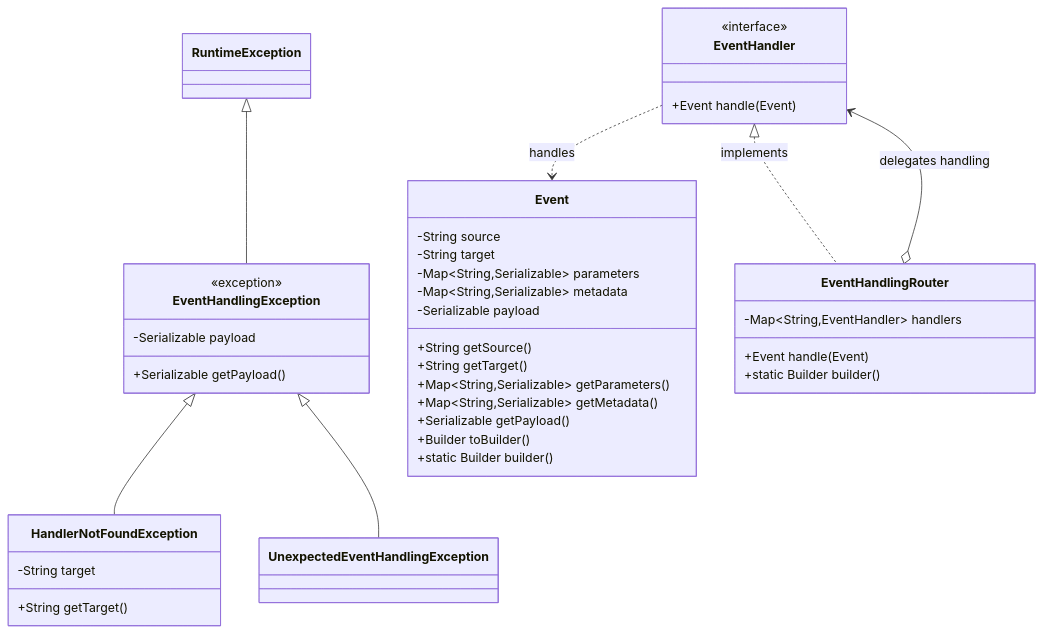
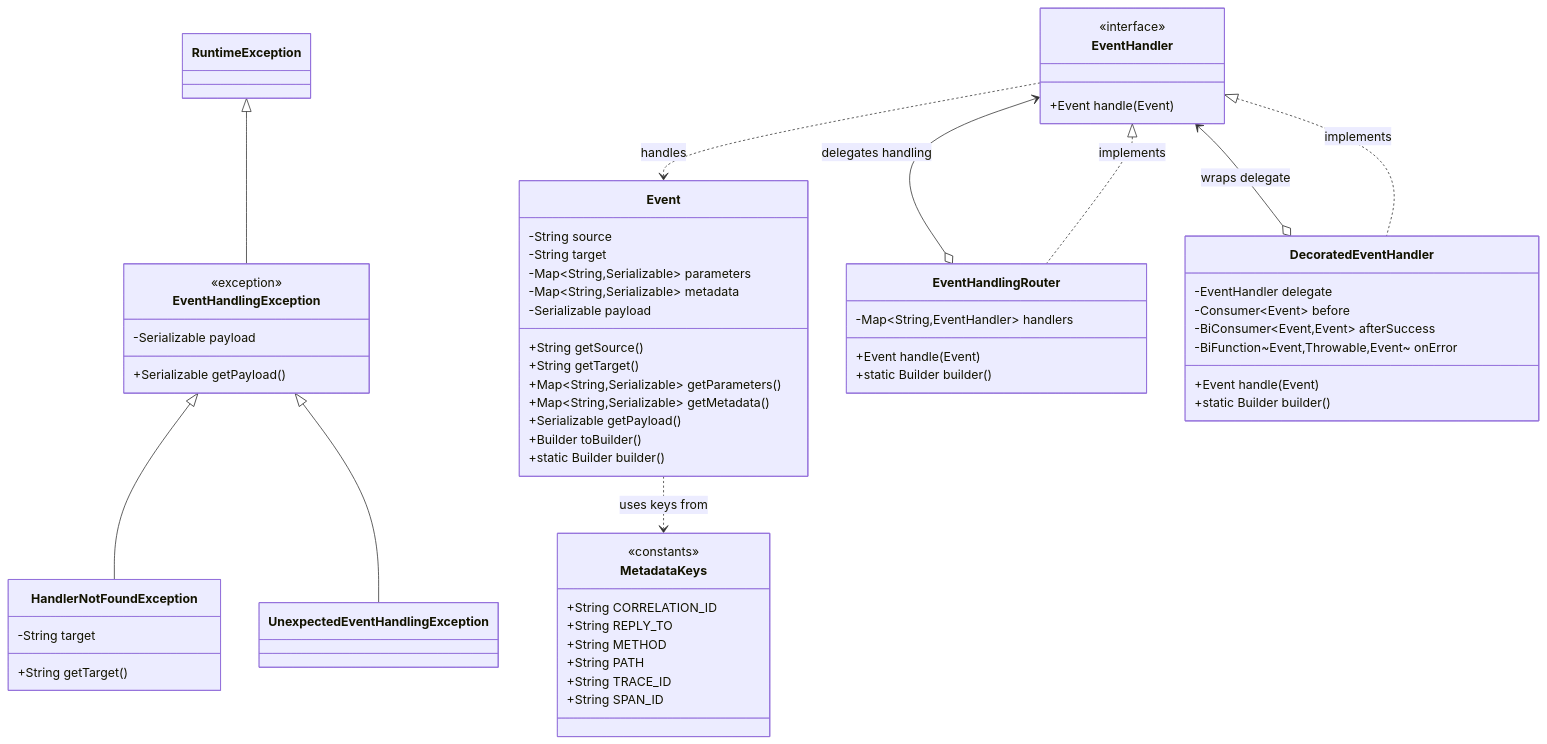
Before and after one commit to dinoo333/EventBob: the diagram in diagrams/EventHandlerClassDiagram.mermaid, drawn with Mermaid. The commit also changed 12 other files, not shown here.

```diff
--- a/diagrams/EventHandlerClassDiagram.mermaid
+++ b/diagrams/EventHandlerClassDiagram.mermaid
@@ -1,49 +1,71 @@
 classDiagram
     direction TB
 
     class Event {
         -String source
         -String target
         -Map~String,Serializable~ parameters
         -Map~String,Serializable~ metadata
         -Serializable payload
         +String getSource()
         +String getTarget()
         +Map~String,Serializable~ getParameters()
         +Map~String,Serializable~ getMetadata()
         +Serializable getPayload()
         +Builder toBuilder()
         +static Builder builder()
     }
 
     class EventHandler {
         <<interface>>
         +Event handle(Event)
     }
 
     class EventHandlingException {
         <<exception>>
         -Serializable payload
         +Serializable getPayload()
     }
 
     class HandlerNotFoundException {
         -String target
         +String getTarget()
     }
 
     class UnexpectedEventHandlingException {
     }
 
     class EventHandlingRouter {
         -Map~String,EventHandler~ handlers
         +Event handle(Event)
         +static Builder builder()
     }
 
+    class DecoratedEventHandler {
+        -EventHandler delegate
+        -Consumer~Event~ before
+        -BiConsumer~Event,Event~ afterSuccess
+        -BiFunction~Event,Throwable,Event~ onError
+        +Event handle(Event)
+        +static Builder builder()
+    }
+
+    class MetadataKeys {
+        <<constants>>
+        +String CORRELATION_ID
+        +String REPLY_TO
+        +String METHOD
+        +String PATH
+        +String TRACE_ID
+        +String SPAN_ID
+    }
+
     EventHandler ..> Event: handles
     RuntimeException <|-- EventHandlingException
     EventHandlingException <|-- HandlerNotFoundException
     EventHandlingException <|-- UnexpectedEventHandlingException
     EventHandler <|.. EventHandlingRouter: implements
+    EventHandler <|.. DecoratedEventHandler: implements
     EventHandlingRouter o--> EventHandler: delegates handling
+    DecoratedEventHandler o--> EventHandler: wraps delegate
+    Event ..> MetadataKeys: uses keys from
```
